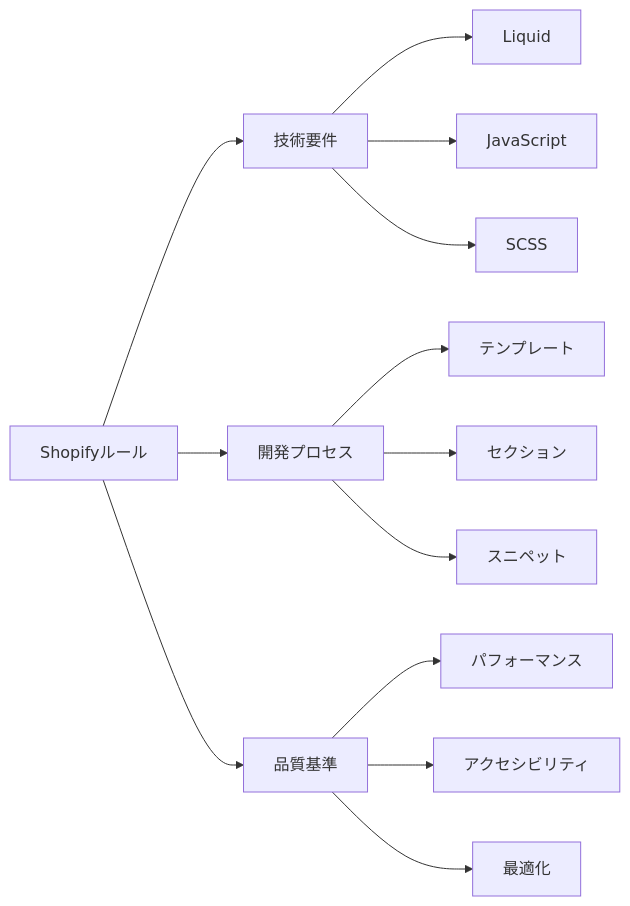
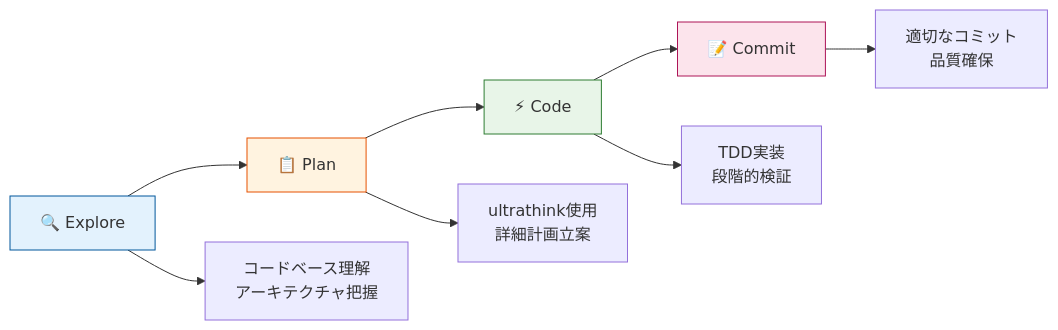
One commit to YunosukeYoshino/rules changed the second of 4 diagrams in README.md. Above: the diagram before and after it, drawn with Mermaid. The commit also changed other lines of this file, not shown here.

````diff
--- a/README.md
+++ b/README.md
@@ -70,18 +46,16 @@
 ```mermaid
-graph LR
-    A[Shopifyルール] --> B[技術要件]
-    A --> C[開発プロセス]
-    A --> D[品質基準]
+flowchart LR
+    A[🔍 Explore] --> B[📋 Plan]
+    B --> C[⚡ Code]
+    C --> D[📝 Commit]
 
-    B --> B1[Liquid]
-    B --> B2[JavaScript]
-    B --> B3[SCSS]
+    A --> A1[コードベース理解<br/>アーキテクチャ把握]
+    B --> B1[ultrathink使用<br/>詳細計画立案]
+    C --> C1[TDD実装<br/>段階的検証]
+    D --> D1[適切なコミット<br/>品質確保]
 
-    C --> C1[テンプレート]
-    C --> C2[セクション]
-    C --> C3[スニペット]
-
-    D --> D1[パフォーマンス]
-    D --> D2[アクセシビリティ]
-    D --> D3[最適化]
+    style A fill:#e3f2fd,stroke:#01579b
+    style B fill:#fff3e0,stroke:#e65100
+    style C fill:#e8f5e8,stroke:#2e7d32
+    style D fill:#fce4ec,stroke:#ad1457
 ```
````
